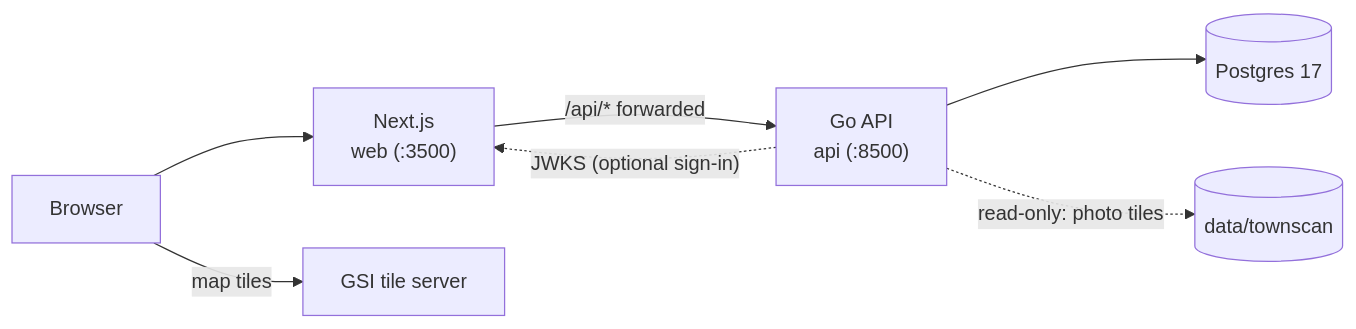
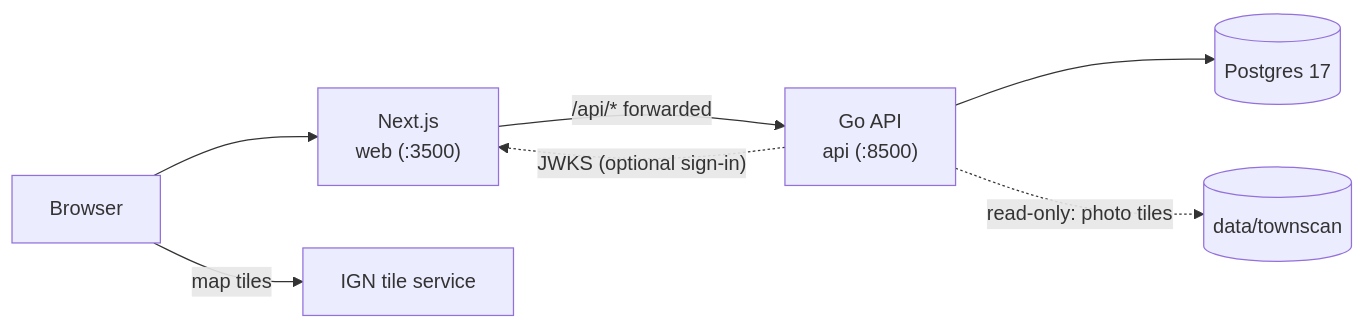
Before and after one commit to Starlight-Tree/TownScan: the first of 2 diagrams in README.md, drawn with Mermaid. The commit also changed other lines of this file and 125 other files, not shown here.

````diff
--- a/README.md
+++ b/README.md
@@ -25,9 +23,9 @@
 ```mermaid
 flowchart LR
     B[Browser] --> W["Next.js<br/>web (:3500)"]
     W -->|"/api/* forwarded"| A["Go API<br/>api (:8500)"]
     A -.->|"JWKS (optional sign-in)"| W
     A --> DB[("Postgres 17")]
     A -.->|"read-only: photo tiles"| D[("data/townscan")]
-    B -->|"map tiles"| G["GSI tile server"]
+    B -->|"map tiles"| G["IGN tile service"]
 ```
````
